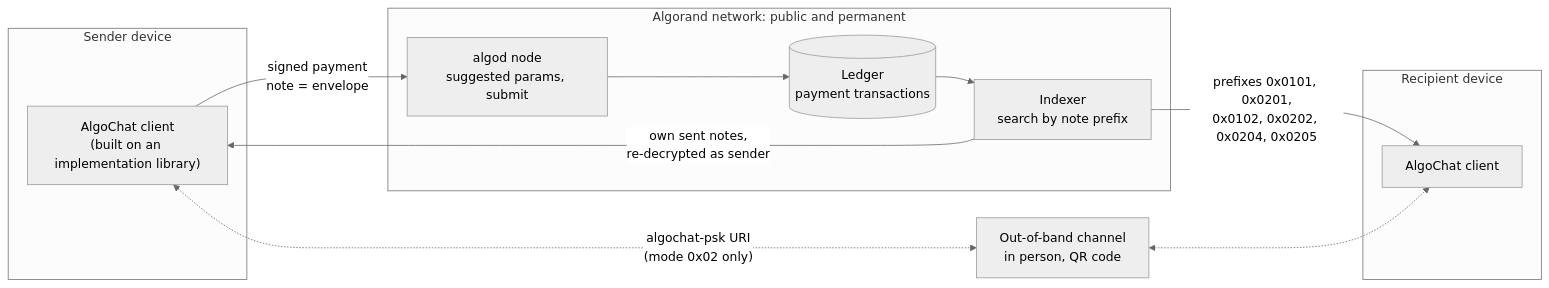
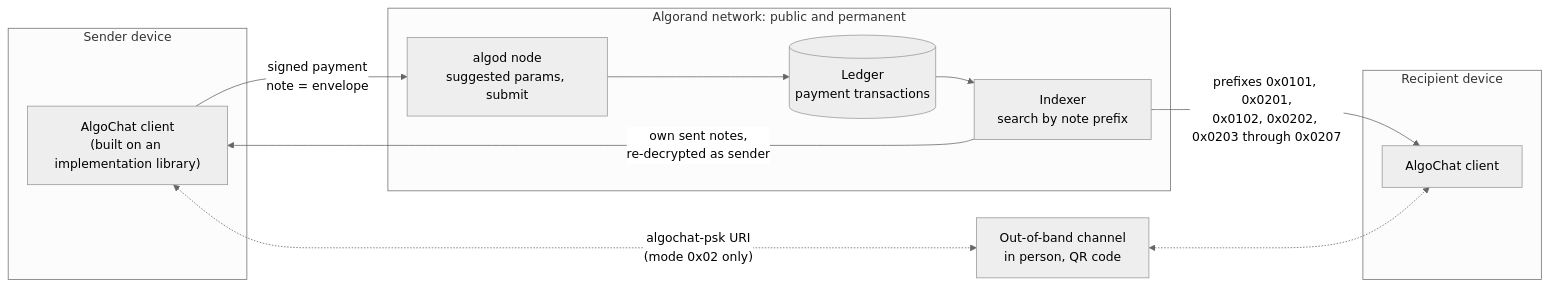
Before and after one commit to CorvidLabs/algochat: the first of 15 diagrams in docs/HLD.md, drawn with Mermaid (neutral theme). The commit also changed other lines of this file and 23 other files, not shown here.

````diff
--- a/docs/HLD.md
+++ b/docs/HLD.md
@@ -35,22 +37,22 @@
 ```mermaid
 flowchart LR
     subgraph devA["Sender device"]
         A["AlgoChat client<br/>(built on an implementation library)"]
     end
     subgraph devB["Recipient device"]
         B["AlgoChat client"]
     end
     OOB["Out-of-band channel<br/>in person, QR code"]
     subgraph algo["Algorand network: public and permanent"]
         ALGOD["algod node<br/>suggested params, submit"]
         LEDGER[("Ledger<br/>payment transactions")]
         IDX["Indexer<br/>search by note prefix"]
     end
     A -- "signed payment<br/>note = envelope" --> ALGOD
     ALGOD --> LEDGER
     LEDGER --> IDX
-    IDX -- "prefixes 0x0101, 0x0201,<br/>0x0102, 0x0202, 0x0204, 0x0205" --> B
+    IDX -- "prefixes 0x0101, 0x0201,<br/>0x0102, 0x0202, 0x0203 through 0x0207" --> B
     IDX -- "own sent notes,<br/>re-decrypted as sender" --> A
     A <-. "algochat-psk URI<br/>(mode 0x02 only)" .-> OOB
     OOB <-.-> B
 ```
````
